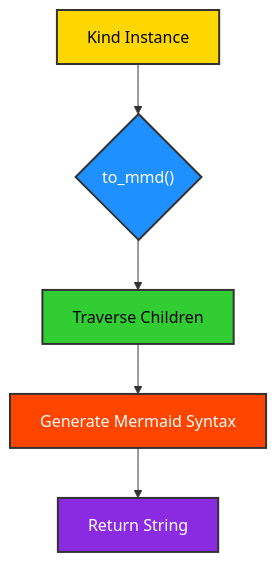
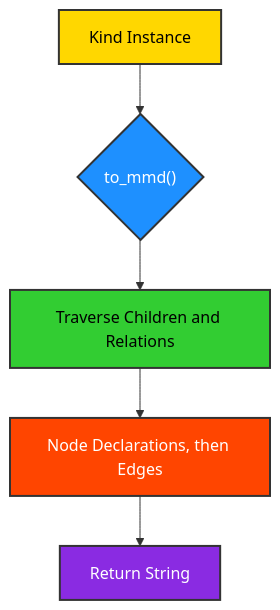
Before and after one commit to ikko/kind: the sixth of 13 diagrams in docs/topics/8_api_highlights/index.md, drawn with Mermaid. The commit also changed other lines of this file and 62 other files, not shown here.

````diff
--- a/docs/topics/8_api_highlights/index.md
+++ b/docs/topics/8_api_highlights/index.md
@@ -339,13 +329,13 @@
 ```mermaid
 graph TD
     A[Kind Instance] --> B{to_mmd#40;#41;};
-    B --> C[Traverse Children];;
-    C --> D[Generate Mermaid Syntax];
+    B --> C[Traverse Children and Relations];
+    C --> D[Node Declarations, then Edges];
     D --> E[Return String];
 
     style A fill:#FFD700,stroke:#333,stroke-width:2px,color:#000000;
     style B fill:#1E90FF,stroke:#333,stroke-width:2px,color:#FFFFFF;
     style C fill:#32CD32,stroke:#333,stroke-width:2px,color:#000000;
     style D fill:#FF4500,stroke:#333,stroke-width:2px,color:#FFFFFF;
     style E fill:#8A2BE2,stroke:#333,stroke-width:2px,color:#FFFFFF;
 ```
````
